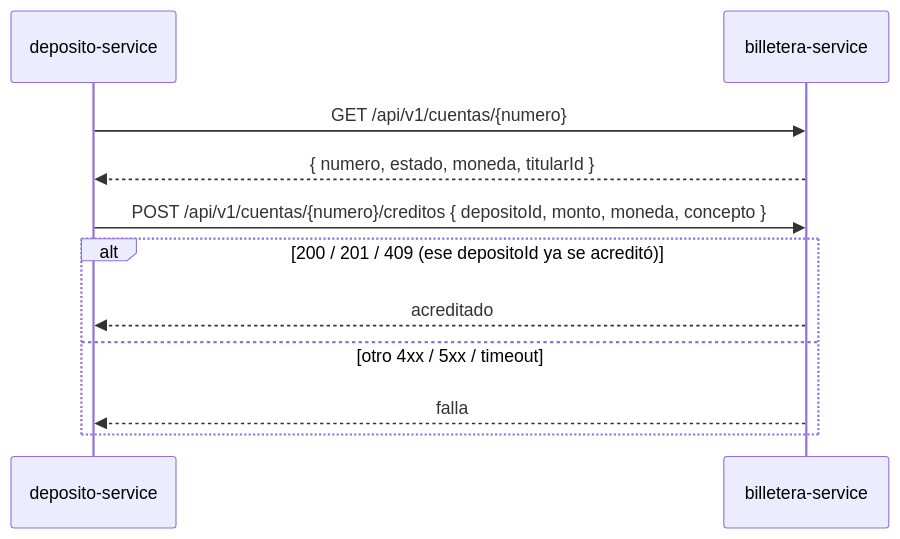
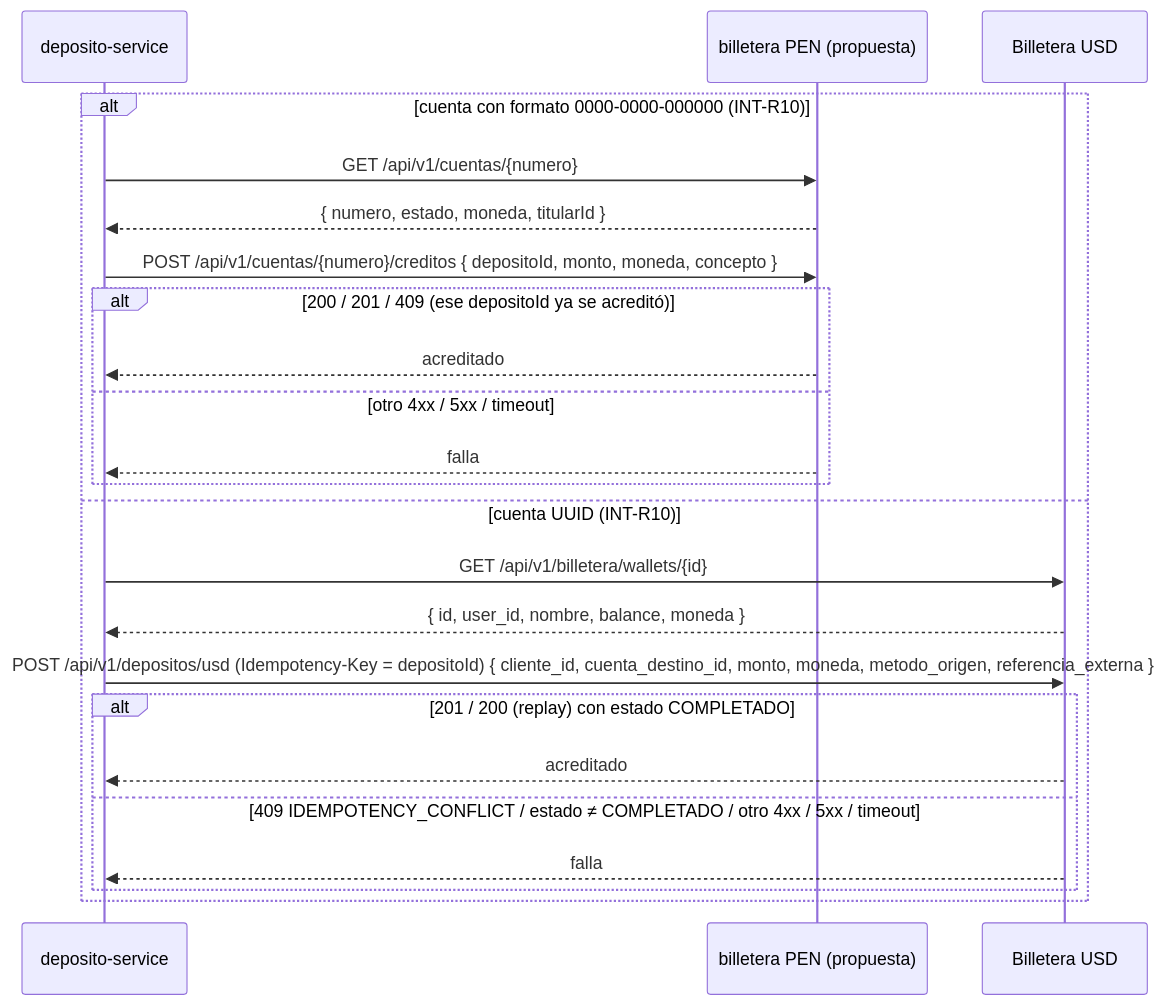
The diagram in specs-v2/02-integraciones.md (abigailDurand/Deposito-Arnes), drawn with Mermaid before and after one commit. The commit also changed other lines of this file and 27 other files, not shown here.

Commit message:
integracion de api con billetera usd

````diff
--- a/specs-v2/02-integraciones.md
+++ b/specs-v2/02-integraciones.md
@@ -28,13 +28,25 @@
 ```mermaid
 sequenceDiagram
     participant D as deposito-service
-    participant B as billetera-service
-    D->>B: GET /api/v1/cuentas/{numero}
-    B-->>D: { numero, estado, moneda, titularId }
-    D->>B: POST /api/v1/cuentas/{numero}/creditos { depositoId, monto, moneda, concepto }
-    alt 200 / 201 / 409 (ese depositoId ya se acreditó)
-        B-->>D: acreditado
-    else otro 4xx / 5xx / timeout
-        B-->>D: falla
+    participant P as billetera PEN (propuesta)
+    participant U as Billetera USD
+    alt cuenta con formato 0000-0000-000000 (INT-R10)
+        D->>P: GET /api/v1/cuentas/{numero}
+        P-->>D: { numero, estado, moneda, titularId }
+        D->>P: POST /api/v1/cuentas/{numero}/creditos { depositoId, monto, moneda, concepto }
+        alt 200 / 201 / 409 (ese depositoId ya se acreditó)
+            P-->>D: acreditado
+        else otro 4xx / 5xx / timeout
+            P-->>D: falla
+        end
+    else cuenta UUID (INT-R10)
+        D->>U: GET /api/v1/billetera/wallets/{id}
+        U-->>D: { id, user_id, nombre, balance, moneda }
+        D->>U: POST /api/v1/depositos/usd (Idempotency-Key = depositoId) { cliente_id, cuenta_destino_id, monto, moneda, metodo_origen, referencia_externa }
+        alt 201 / 200 (replay) con estado COMPLETADO
+            U-->>D: acreditado
+        else 409 IDEMPOTENCY_CONFLICT / estado ≠ COMPLETADO / otro 4xx / 5xx / timeout
+            U-->>D: falla
+        end
     end
 ```
````
